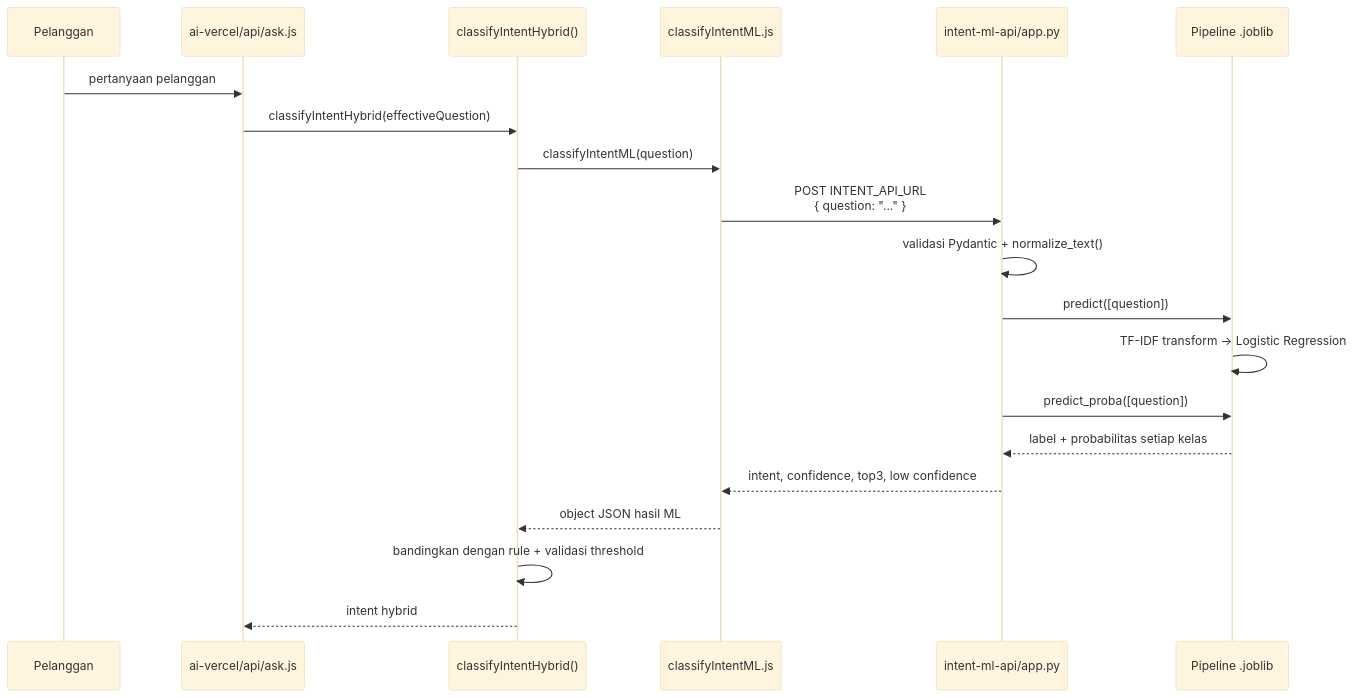
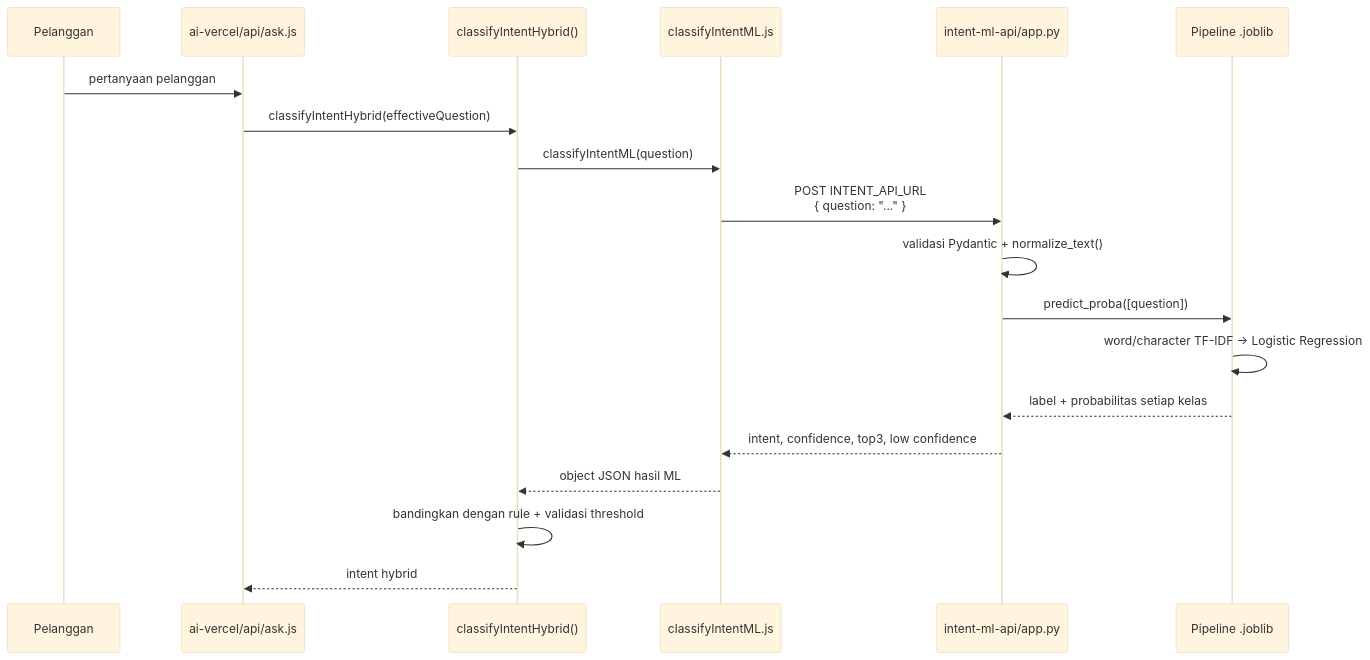
The second of 2 diagrams in docs/PANDUAN_TEKNIS_INTENT_ML_DAN_ALUR_CHATBOT.md (fadliasyp/ai-vercel), drawn with Mermaid (base theme) before and after one commit. The commit also changed other lines of this file and 3 other files, not shown here.

````diff
--- a/docs/PANDUAN_TEKNIS_INTENT_ML_DAN_ALUR_CHATBOT.md
+++ b/docs/PANDUAN_TEKNIS_INTENT_ML_DAN_ALUR_CHATBOT.md
@@ -537,23 +1271,22 @@
 ```mermaid
 sequenceDiagram
     participant User as Pelanggan
     participant Ask as ai-vercel/api/ask.js
     participant Hybrid as classifyIntentHybrid()
     participant Client as classifyIntentML.js
     participant API as intent-ml-api/app.py
     participant Model as Pipeline .joblib
 
     User->>Ask: pertanyaan pelanggan
     Ask->>Hybrid: classifyIntentHybrid(effectiveQuestion)
     Hybrid->>Client: classifyIntentML(question)
     Client->>API: POST INTENT_API_URL<br/>{ question: "..." }
     API->>API: validasi Pydantic + normalize_text()
-    API->>Model: predict([question])
-    Model->>Model: TF-IDF transform -> Logistic Regression
     API->>Model: predict_proba([question])
+    Model->>Model: word/character TF-IDF -> Logistic Regression
     Model-->>API: label + probabilitas setiap kelas
     API-->>Client: intent, confidence, top3, low confidence
     Client-->>Hybrid: object JSON hasil ML
     Hybrid->>Hybrid: bandingkan dengan rule + validasi threshold
     Hybrid-->>Ask: intent hybrid
 ```
````
